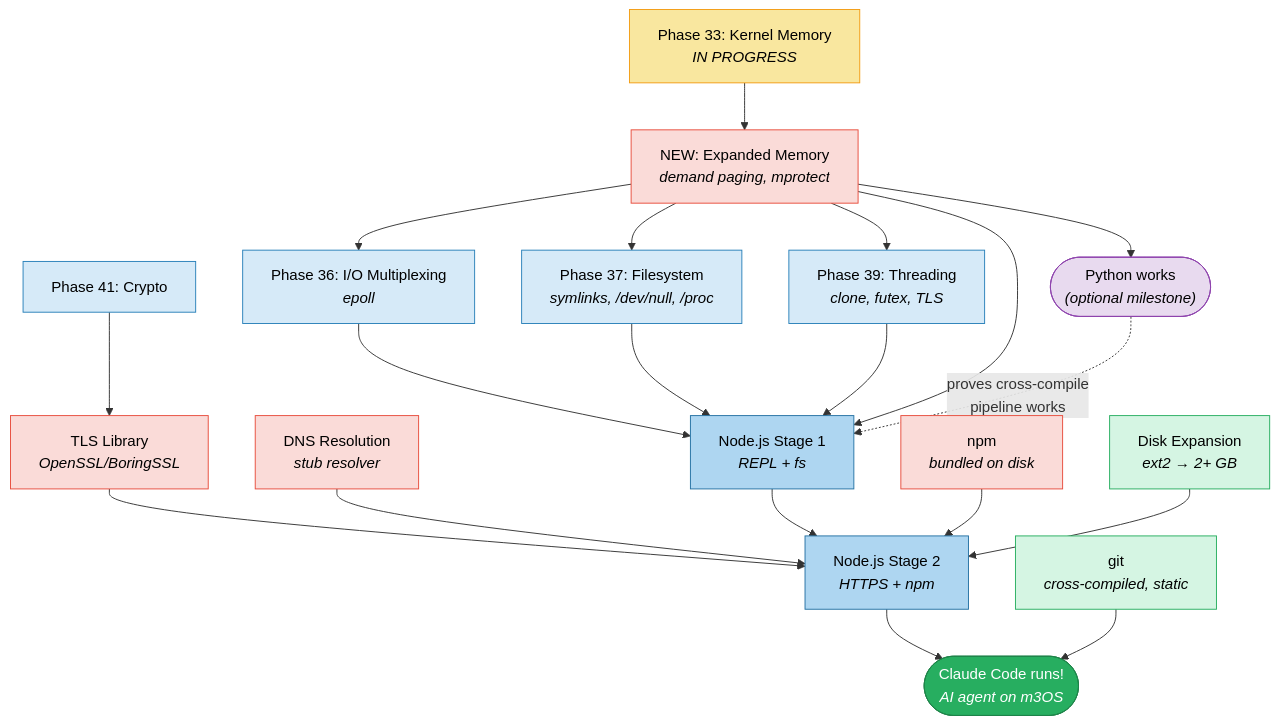
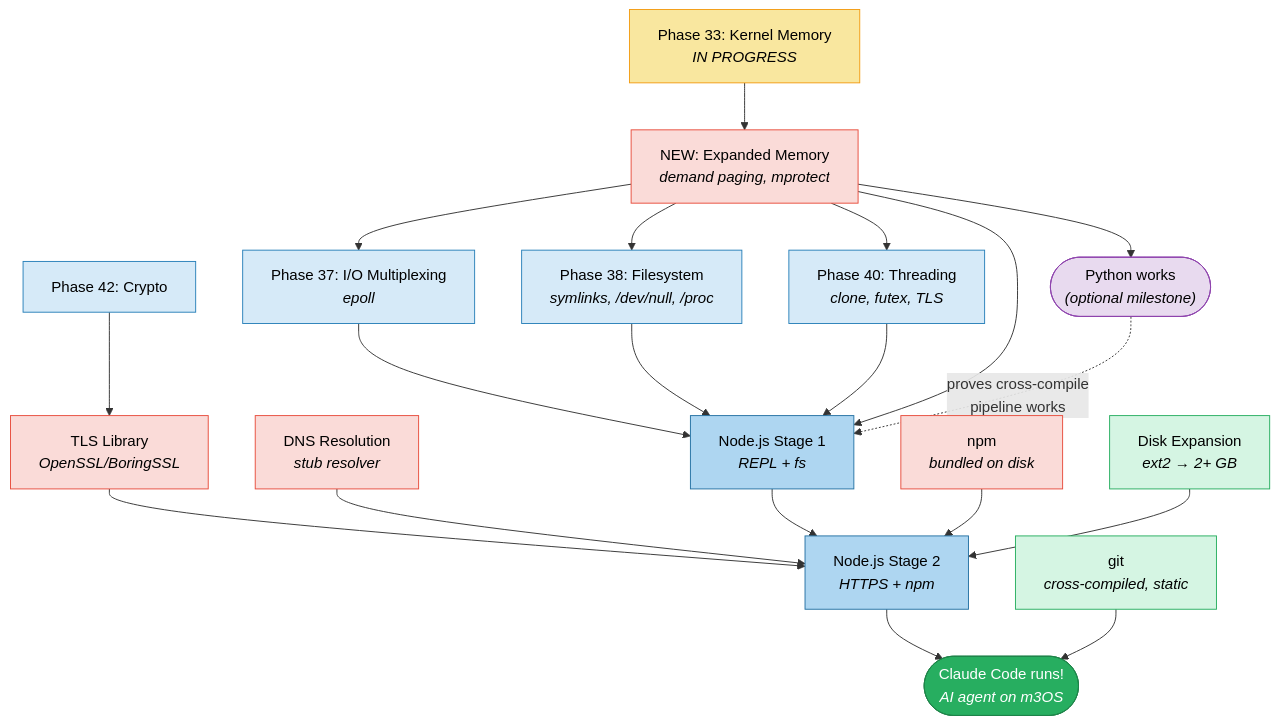
The fourth of 5 diagrams in docs/claude-code-roadmap.md (mikecubed/m3OS), drawn with Mermaid before and after one commit. The commit also changed other lines of this file and 34 other files, not shown here.

````diff
--- a/docs/claude-code-roadmap.md
+++ b/docs/claude-code-roadmap.md
@@ -267,61 +267,61 @@
 ```mermaid
 flowchart TD
     P33["Phase 33: Kernel Memory<br/><i>IN PROGRESS</i>"]
     EM["NEW: Expanded Memory<br/><i>demand paging, mprotect</i>"]
-    P36["Phase 36: I/O Multiplexing<br/><i>epoll</i>"]
-    P37["Phase 37: Filesystem<br/><i>symlinks, /dev/null, /proc</i>"]
-    P39["Phase 39: Threading<br/><i>clone, futex, TLS</i>"]
-    P41["Phase 41: Crypto"]
+    P37["Phase 37: I/O Multiplexing<br/><i>epoll</i>"]
+    P38["Phase 38: Filesystem<br/><i>symlinks, /dev/null, /proc</i>"]
+    P40["Phase 40: Threading<br/><i>clone, futex, TLS</i>"]
+    P42["Phase 42: Crypto"]
 
     PY(["Python works<br/><i>(optional milestone)</i>"])
     NODE["Node.js Stage 1<br/><i>REPL + fs</i>"]
 
     TLS["TLS Library<br/><i>OpenSSL/BoringSSL</i>"]
     DNS["DNS Resolution<br/><i>stub resolver</i>"]
     GIT["git<br/><i>cross-compiled, static</i>"]
     NPM["npm<br/><i>bundled on disk</i>"]
     DISK["Disk Expansion<br/><i>ext2 → 2+ GB</i>"]
 
     NODE2["Node.js Stage 2<br/><i>HTTPS + npm</i>"]
     CC(["Claude Code runs!<br/><i>AI agent on m3OS</i>"])
 
     P33 --> EM
 
     EM --> PY
-    EM --> P36
     EM --> P37
-    EM --> P39
+    EM --> P38
+    EM --> P40
 
-    P36 --> NODE
     P37 --> NODE
-    P39 --> NODE
+    P38 --> NODE
+    P40 --> NODE
     EM --> NODE
 
-    P41 --> TLS
+    P42 --> TLS
     TLS --> NODE2
     DNS --> NODE2
     NODE --> NODE2
     NPM --> NODE2
     DISK --> NODE2
 
     NODE2 --> CC
     GIT --> CC
 
     PY -.->|"proves cross-compile<br/>pipeline works"| NODE
 
     style P33 fill:#f9e79f,stroke:#f39c12,color:#000
     style EM fill:#fadbd8,stroke:#e74c3c,color:#000
-    style P36 fill:#d6eaf8,stroke:#2980b9,color:#000
     style P37 fill:#d6eaf8,stroke:#2980b9,color:#000
-    style P39 fill:#d6eaf8,stroke:#2980b9,color:#000
-    style P41 fill:#d6eaf8,stroke:#2980b9,color:#000
+    style P38 fill:#d6eaf8,stroke:#2980b9,color:#000
+    style P40 fill:#d6eaf8,stroke:#2980b9,color:#000
+    style P42 fill:#d6eaf8,stroke:#2980b9,color:#000
     style PY fill:#e8daef,stroke:#8e44ad,color:#000
     style NODE fill:#aed6f1,stroke:#2471a3,color:#000
     style TLS fill:#fadbd8,stroke:#e74c3c,color:#000
     style DNS fill:#fadbd8,stroke:#e74c3c,color:#000
     style GIT fill:#d5f5e3,stroke:#27ae60,color:#000
     style NPM fill:#fadbd8,stroke:#e74c3c,color:#000
     style DISK fill:#d5f5e3,stroke:#27ae60,color:#000
     style NODE2 fill:#aed6f1,stroke:#2471a3,color:#000
     style CC fill:#27ae60,stroke:#1e8449,color:#fff
 ```
````
